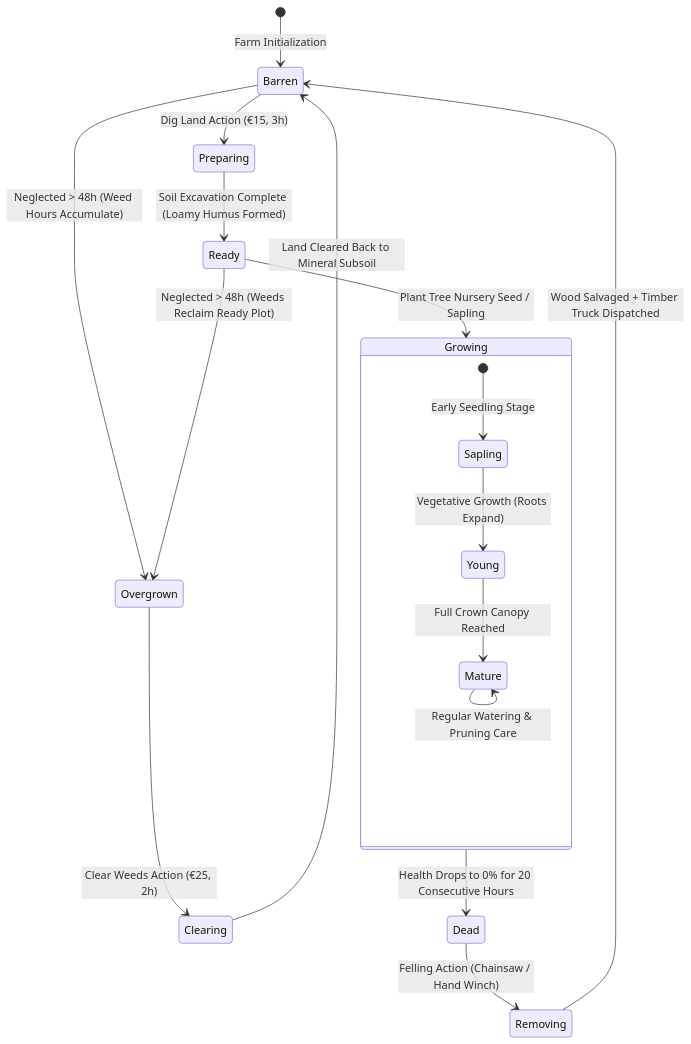
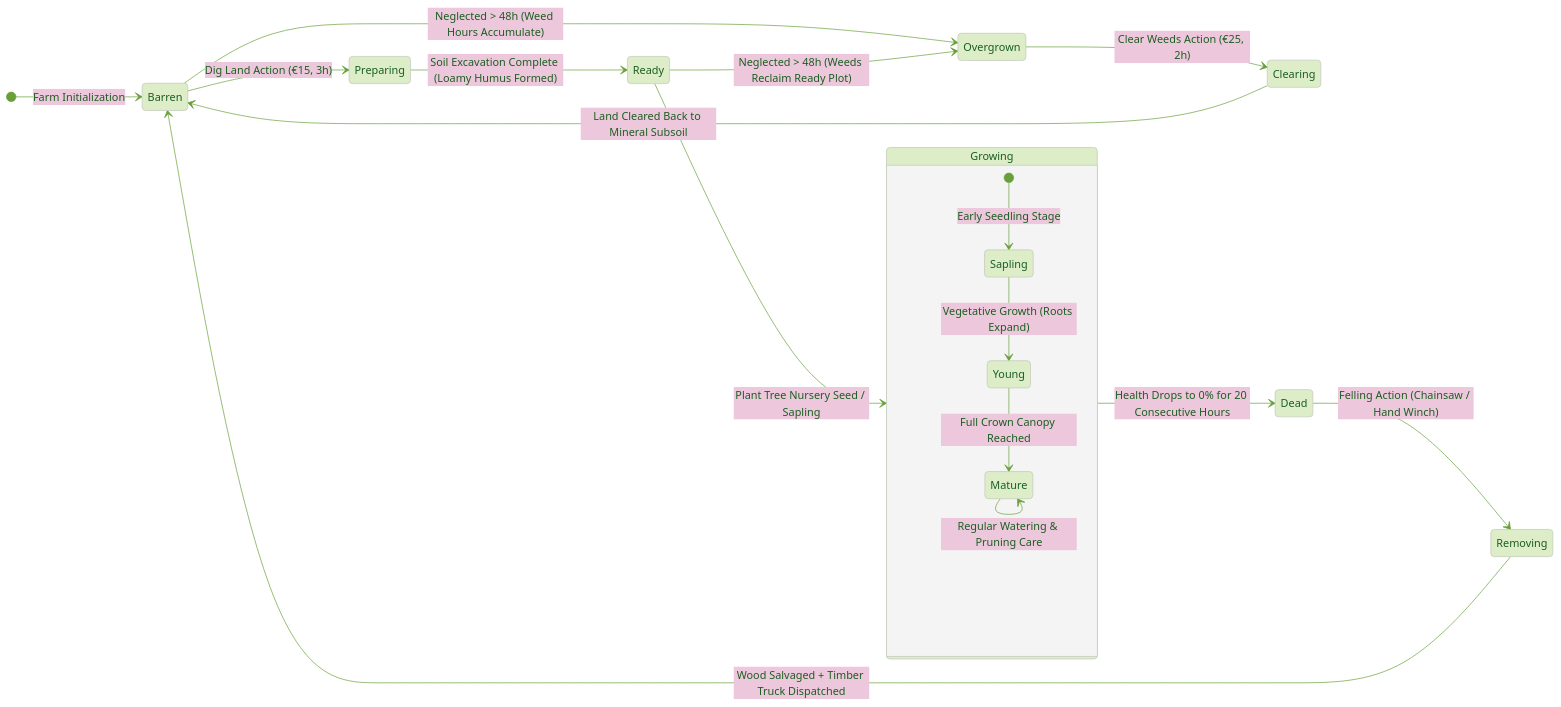
The seventh of 13 diagrams in README.md (mishu-anik23/searchO2), drawn with Mermaid before and after one commit. The commit also changed other lines of this file, not shown here.

First line of the commit message:
docs(readme): add layered 3D Mermaid workflows for farm, OxyForge, and backend

````diff
--- a/README.md
+++ b/README.md
@@ -381,27 +458,29 @@
 ```mermaid
+%%{init: {'theme':'base', 'themeVariables': { 'primaryColor':'#DCEDC8','primaryTextColor':'#1B5E20','lineColor':'#689F38'}}}%%
 stateDiagram-v2
+    direction LR
     [*] --> Barren: Farm Initialization
 
     Barren --> Preparing: Dig Land Action (€15, 3h)
     Barren --> Overgrown: Neglected > 48h (Weed Hours Accumulate)
     
     Preparing --> Ready: Soil Excavation Complete (Loamy Humus Formed)
     
     Ready --> Growing: Plant Tree Nursery Seed / Sapling
     Ready --> Overgrown: Neglected > 48h (Weeds Reclaim Ready Plot)
     
     Overgrown --> Clearing: Clear Weeds Action (€25, 2h)
     Clearing --> Barren: Land Cleared Back to Mineral Subsoil
     
     state Growing {
         [*] --> Sapling: Early Seedling Stage
         Sapling --> Young: Vegetative Growth (Roots Expand)
         Young --> Mature: Full Crown Canopy Reached
         Mature --> Mature: Regular Watering & Pruning Care
     }
     
     Growing --> Dead: Health Drops to 0% for 20 Consecutive Hours
     
     Dead --> Removing: Felling Action (Chainsaw / Hand Winch)
     Removing --> Barren: Wood Salvaged + Timber Truck Dispatched
 ```
````
